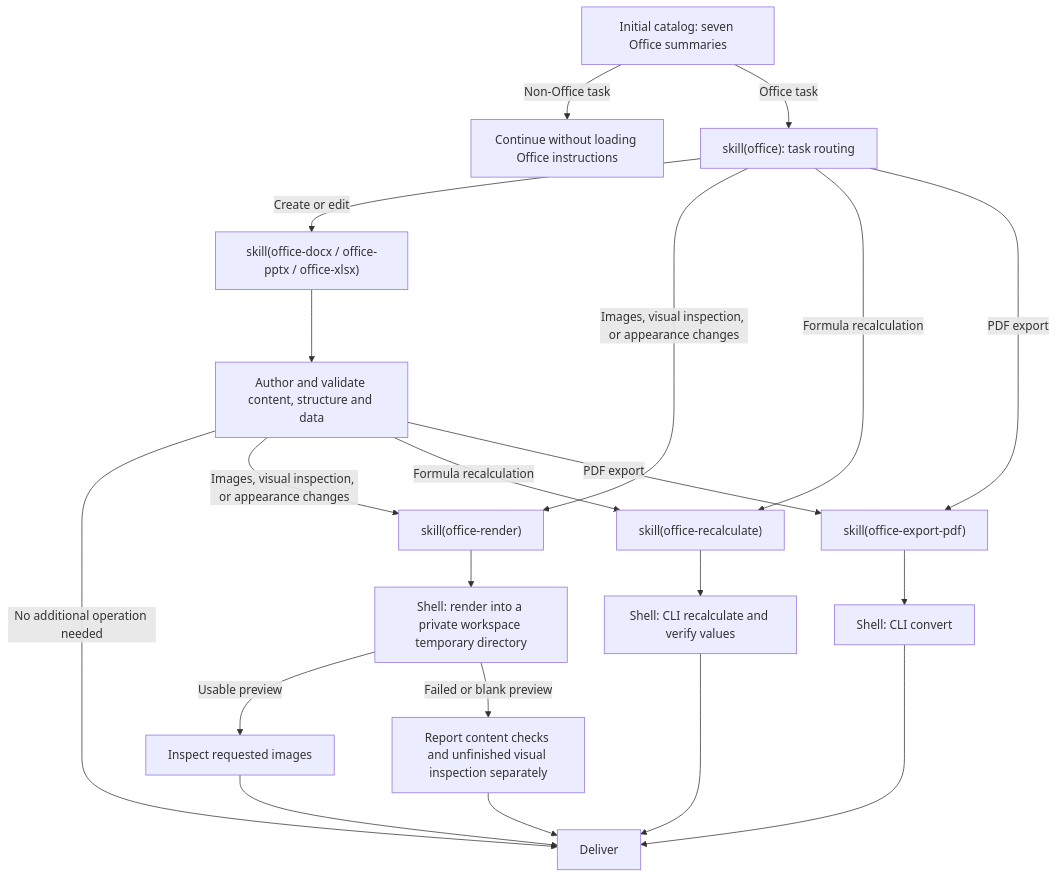
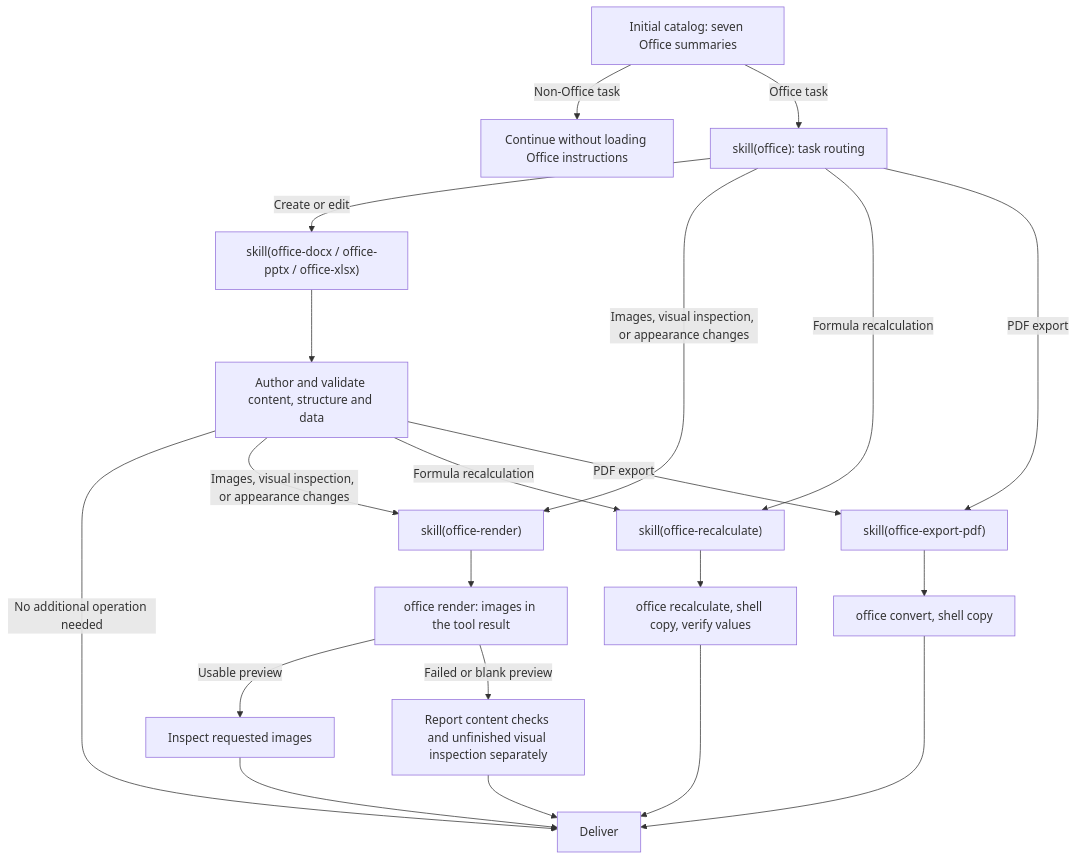
Before and after one commit to deepseek-ai/deepseek-harness: the diagram in packages/skill/skill-office/README.md, drawn with Mermaid. The commit also changed other lines of this file and 221 other files, not shown here.

````diff
--- a/packages/skill/skill-office/README.md
+++ b/packages/skill/skill-office/README.md
@@ -53,28 +50,28 @@
 ```mermaid
 flowchart TD
     A["Initial catalog: seven Office summaries"]
     A -->|Non-Office task| N["Continue without loading Office instructions"]
     A -->|Office task| B["skill(office): task routing"]
 
     B -->|Create or edit| C["skill(office-docx / office-pptx / office-xlsx)"]
     C --> D["Author and validate content, structure and data"]
     D -->|No additional operation needed| F["Deliver"]
 
     B -->|Images, visual inspection, or appearance changes| R["skill(office-render)"]
     D -->|Images, visual inspection, or appearance changes| R
-    R --> RC["Shell: render into a private workspace temporary directory"]
+    R --> RC["office render: images in the tool result"]
     RC -->|Usable preview| V["Inspect requested images"]
     V --> F
     RC -->|Failed or blank preview| L["Report content checks and unfinished visual inspection separately"]
     L --> F
 
     B -->|Formula recalculation| X["skill(office-recalculate)"]
     D -->|Formula recalculation| X
-    X --> XC["Shell: CLI recalculate and verify values"]
+    X --> XC["office recalculate, shell copy, verify values"]
     XC --> F
 
     B -->|PDF export| P["skill(office-export-pdf)"]
     D -->|PDF export| P
-    P --> PC["Shell: CLI convert"]
+    P --> PC["office convert, shell copy"]
     PC --> F
 ```
````
